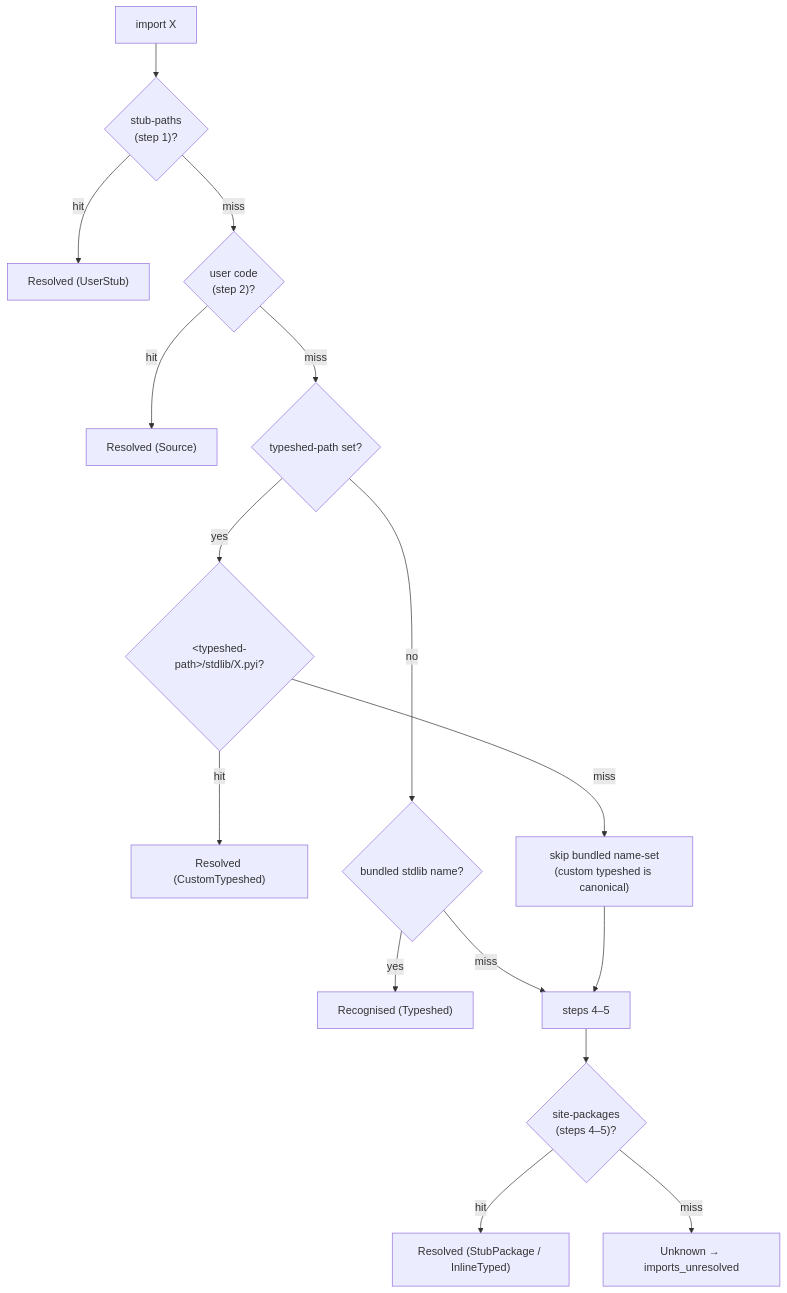
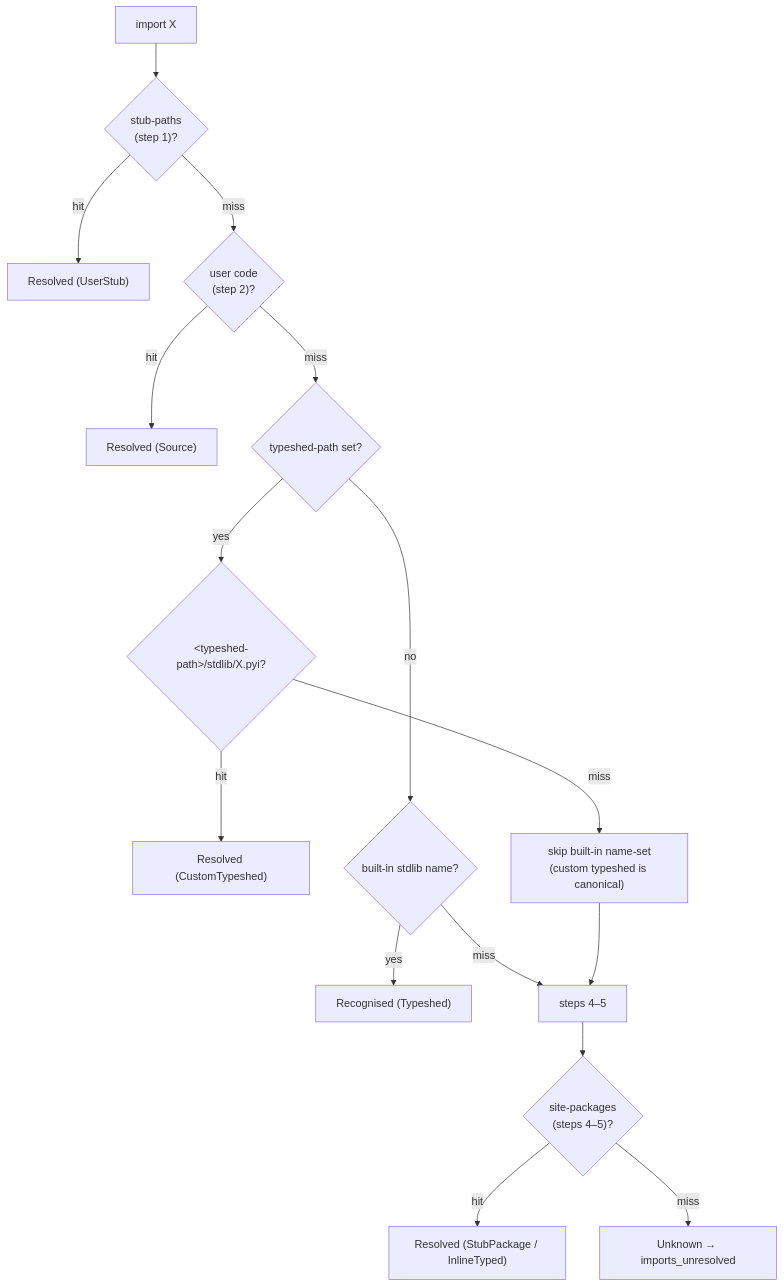
One commit to Nimblesite/Basilisk changed the diagram in docs/specs/CHECKER-STUB-RESOLUTION-SPEC.md. Above: the diagram before and after it, drawn with Mermaid. The commit also changed other lines of this file and 403 other files, not shown here.

````diff
--- a/docs/specs/CHECKER-STUB-RESOLUTION-SPEC.md
+++ b/docs/specs/CHECKER-STUB-RESOLUTION-SPEC.md
@@ -155,18 +119,18 @@
 ```mermaid
 flowchart TB
     A["import X"] --> B{"stub-paths<br/>(step 1)?"}
     B -- hit --> Z["Resolved (UserStub)"]
     B -- miss --> C{"user code<br/>(step 2)?"}
     C -- hit --> Z2["Resolved (Source)"]
     C -- miss --> D{"typeshed-path set?"}
     D -- yes --> E{"&lt;typeshed-path&gt;/stdlib/X.pyi?"}
     E -- hit --> Z3["Resolved (CustomTypeshed)"]
-    E -- miss --> G["skip bundled name-set<br/>(custom typeshed is canonical)"]
-    D -- no --> F{"bundled stdlib name?"}
+    E -- miss --> G["skip built-in name-set<br/>(custom typeshed is canonical)"]
+    D -- no --> F{"built-in stdlib name?"}
     F -- yes --> Z4["Recognised (Typeshed)"]
     F -- miss --> G2["steps 4–5"]
     G --> G2
     G2 --> H{"site-packages<br/>(steps 4–5)?"}
     H -- hit --> Z5["Resolved (StubPackage / InlineTyped)"]
     H -- miss --> U["Unknown → imports_unresolved"]
 ```
````
